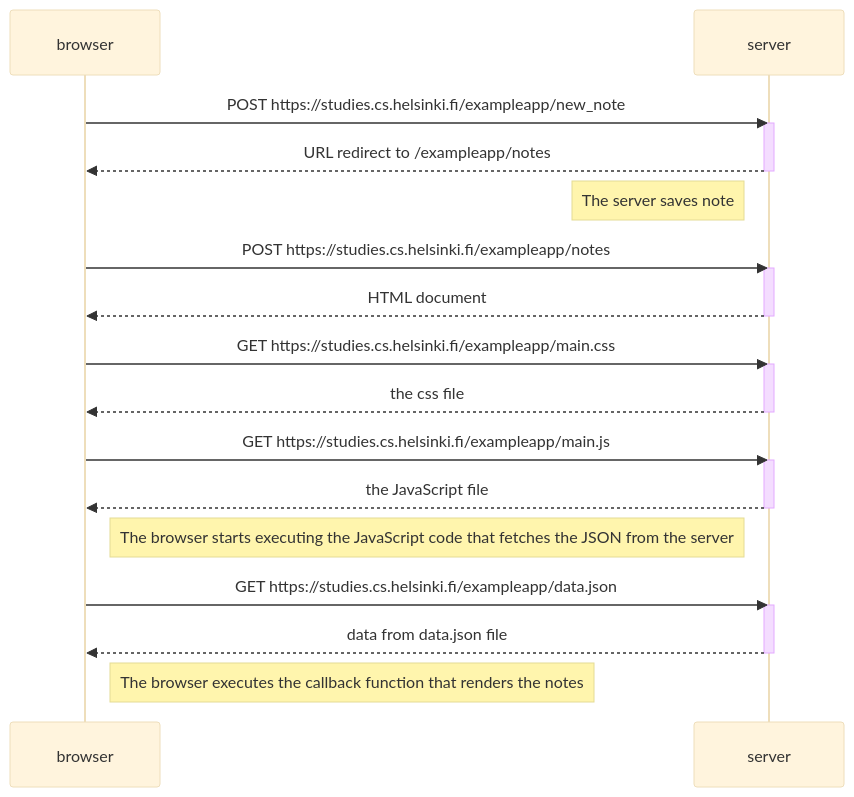
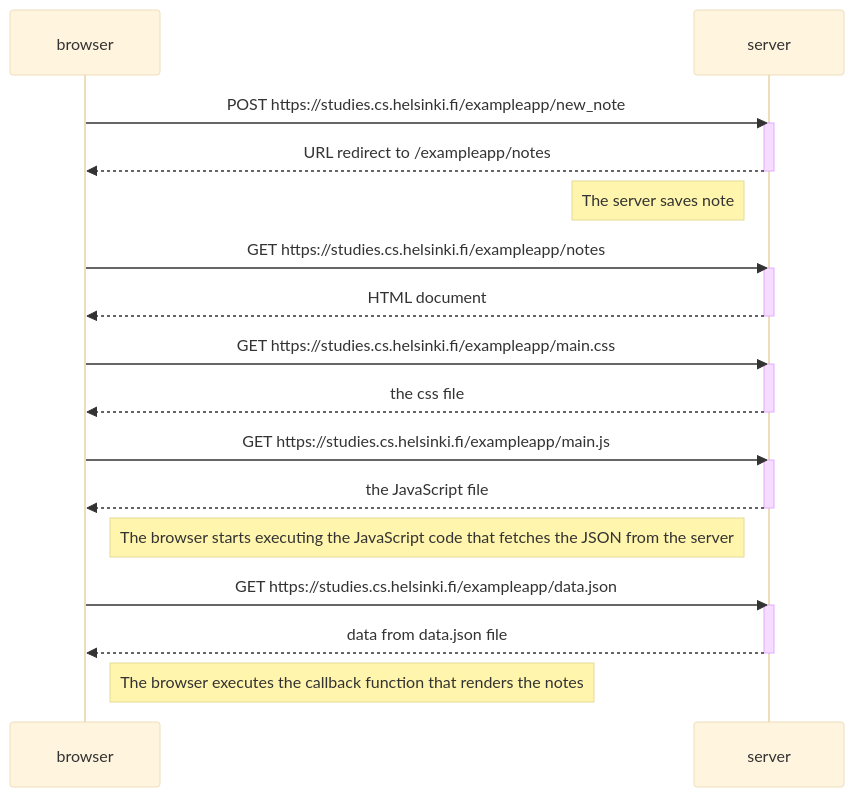
Before and after one commit to TadiusSapfiro/fullstackOpenStudy: the diagram in part0/0.4/notesDiagram.md, drawn with Mermaid (base theme).

Commit message:
Change POST request to GET in notesDiagram.md

````diff
--- a/part0/0.4/notesDiagram.md
+++ b/part0/0.4/notesDiagram.md
@@ -1,36 +1,36 @@
 ```mermaid
 sequenceDiagram
 participant browser
 participant server
 
     browser->>server: POST https://studies.cs.helsinki.fi/exampleapp/new_note
     activate server
     server-->>browser: URL redirect to /exampleapp/notes
     deactivate server
     Note left of server: The server saves note
 
-    browser->>server: POST https://studies.cs.helsinki.fi/exampleapp/notes
+    browser->>server: GET https://studies.cs.helsinki.fi/exampleapp/notes
     activate server
     server-->>browser: HTML document
     deactivate server
 
     browser->>server: GET https://studies.cs.helsinki.fi/exampleapp/main.css
     activate server
     server-->>browser: the css file
     deactivate server
 
     browser->>server: GET https://studies.cs.helsinki.fi/exampleapp/main.js
     activate server
     server-->>browser: the JavaScript file
     deactivate server
 
     Note right of browser: The browser starts executing the JavaScript code that fetches the JSON from the server
 
     browser->>server: GET https://studies.cs.helsinki.fi/exampleapp/data.json
     activate server
     server-->>browser: data from data.json file
     deactivate server
 
     Note right of browser: The browser executes the callback function that renders the notes
 
 ```
````
